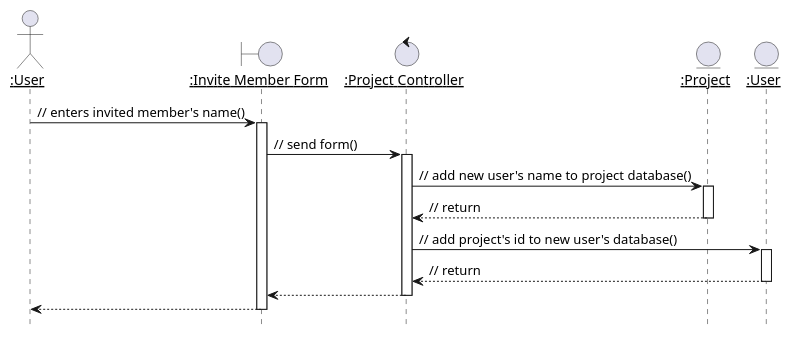
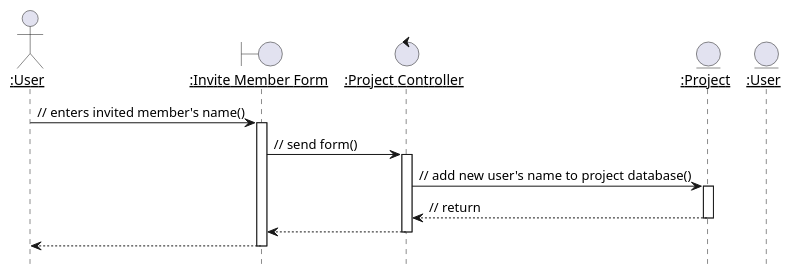
The diagram in docs/source/meth/uc-anal-design/uml/p-member-add-success.puml (Huy-Ngo/acanban), drawn with PlantUML before and after one commit. The commit also changed 2 other files, not shown here.

Commit message:
[Doc] Revise project UC designs

```diff
--- a/docs/source/meth/uc-anal-design/uml/p-member-add-success.puml
+++ b/docs/source/meth/uc-anal-design/uml/p-member-add-success.puml
@@ -1,19 +1,17 @@
 @startuml
 hide footbox
 autoactivate on
 skinparam sequenceParticipant underline
 actor ":User" as usr
 boundary ":Invite Member Form" as form
 control ":Project Controller" as ctl
 entity ":Project" as db_prj
 entity ":User" as db_usr
 
 usr -> form : // enters invited member's name()
 form -> ctl : // send form()
 ctl -> db_prj : // add new user's name to project database()
 ctl <-- db_prj : // return 
-ctl -> db_usr : // add project's id to new user's database()
-ctl <-- db_usr : // return
 form <-- ctl
 usr <-- form
 @enduml
```
